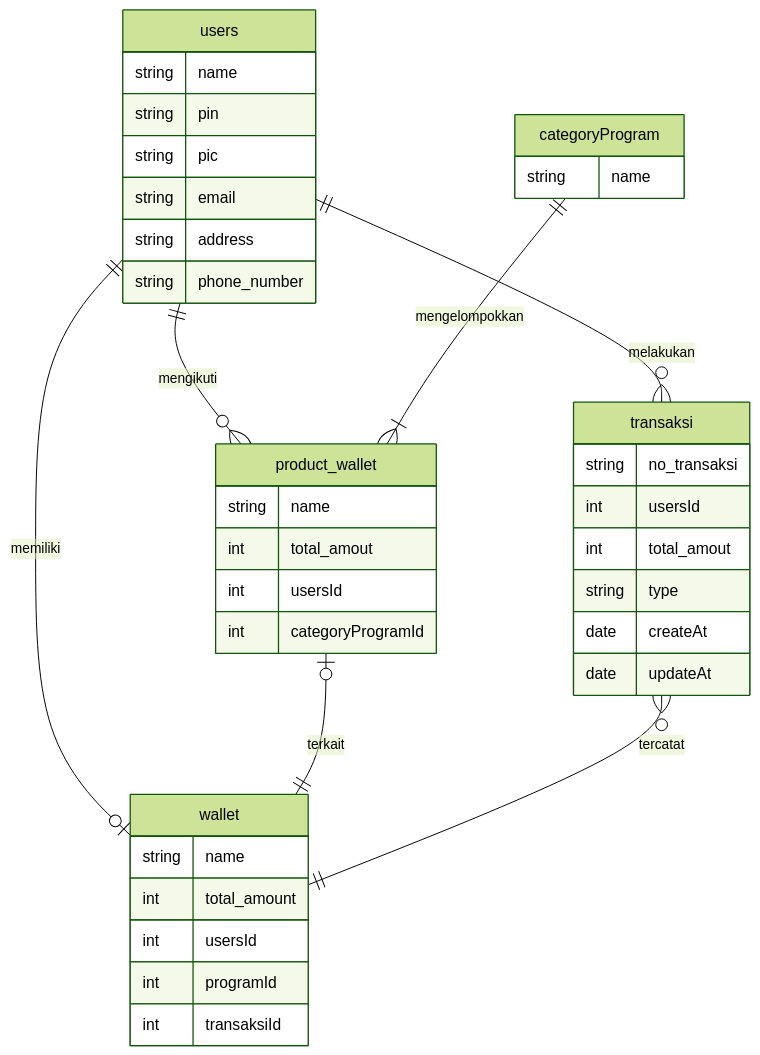
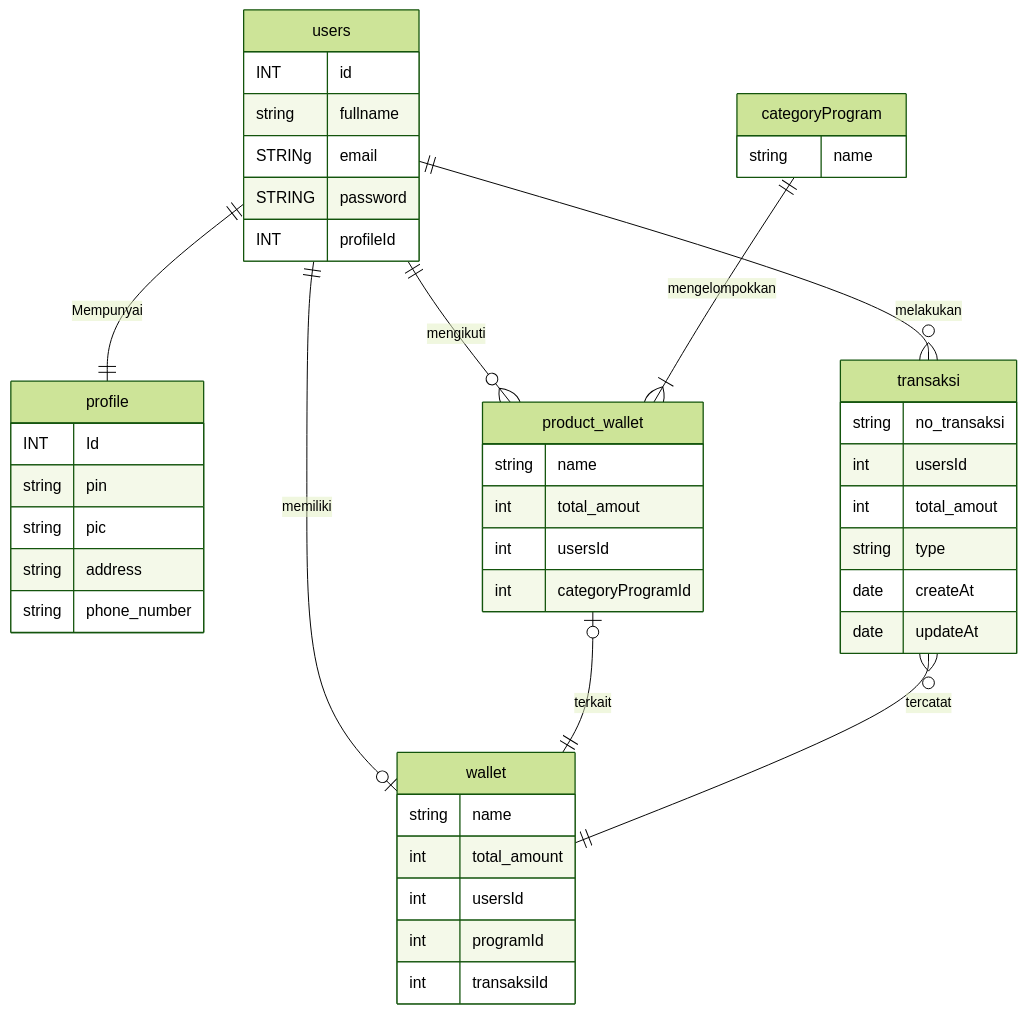
Before and after one commit to ariekas/koda-b4-db2: the diagram in README.md, drawn with Mermaid (forest theme). The commit also changed 1 other file, not shown here.

Commit message:
feat: implementasi 1Nf in users and create new table profile

````diff
--- a/README.md
+++ b/README.md
@@ -5,47 +5,56 @@
 ```mermaid
 erDiagram
 
 users {
-    string name
+    INT id
+    string fullname
+    STRINg email
+    STRING password
+    INT profileId 
+    
+}
+
+profile{
+    INT Id
     string pin
     string pic
-    string email
     string address
     string phone_number
 }
 
 wallet {
     string name
     int total_amount
     int usersId
     int programId
     int transaksiId
 }
 
 product_wallet {
     string name
     int total_amout
     int usersId
     int categoryProgramId
 }
 
 categoryProgram {
     string name
 }
 
 transaksi {
     string no_transaksi
     int usersId
     int total_amout
     string type
     date createAt
     date updateAt
 }
 
 users ||--o| wallet : memiliki
 users ||--o{ product_wallet : mengikuti
 users ||--o{ transaksi : melakukan
 categoryProgram ||--|{ product_wallet : mengelompokkan
 product_wallet |o--|| wallet : terkait
 transaksi }o--|| wallet : tercatat
+users||--||profile : Mempunyai
 ```
````
